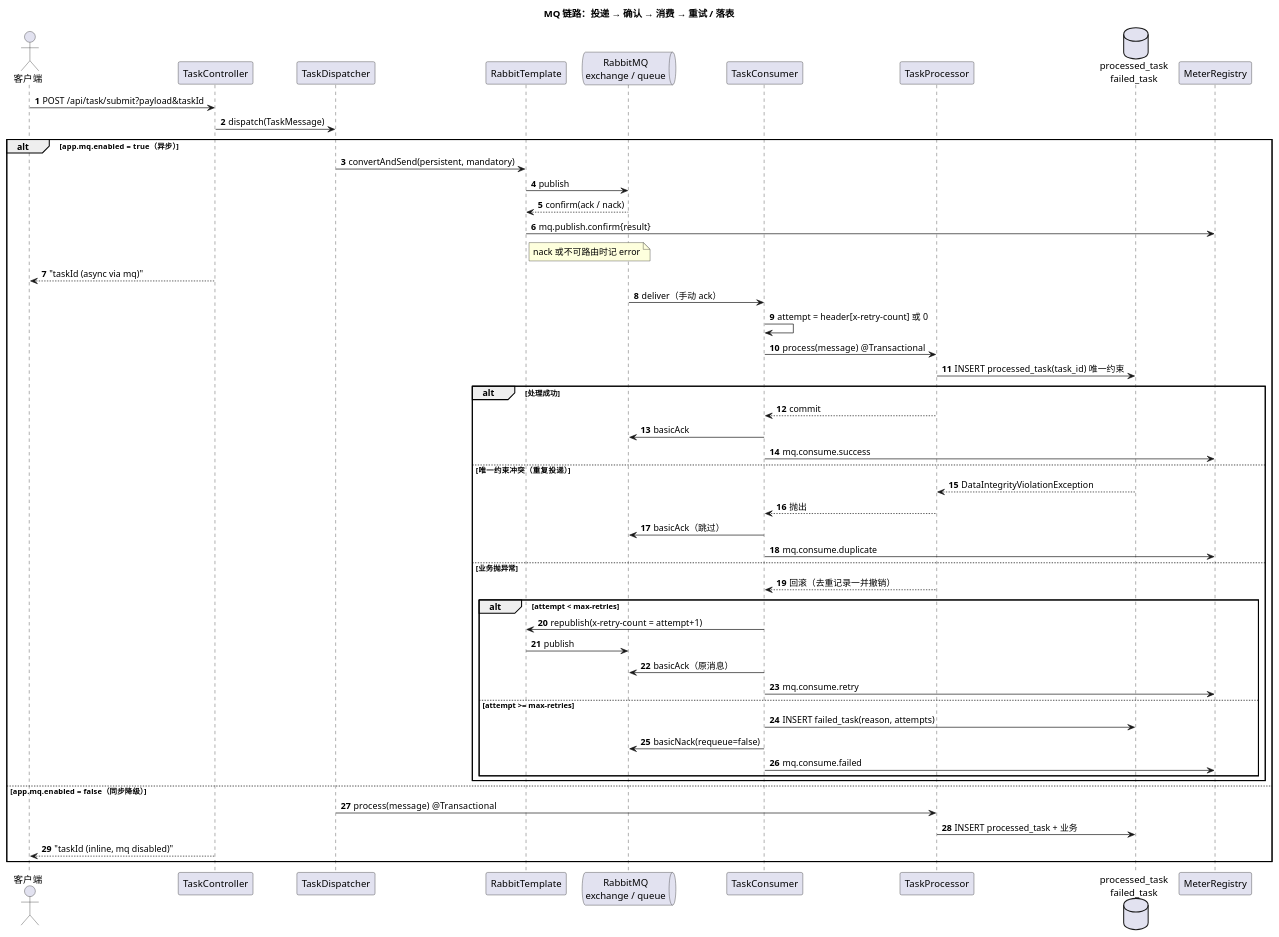
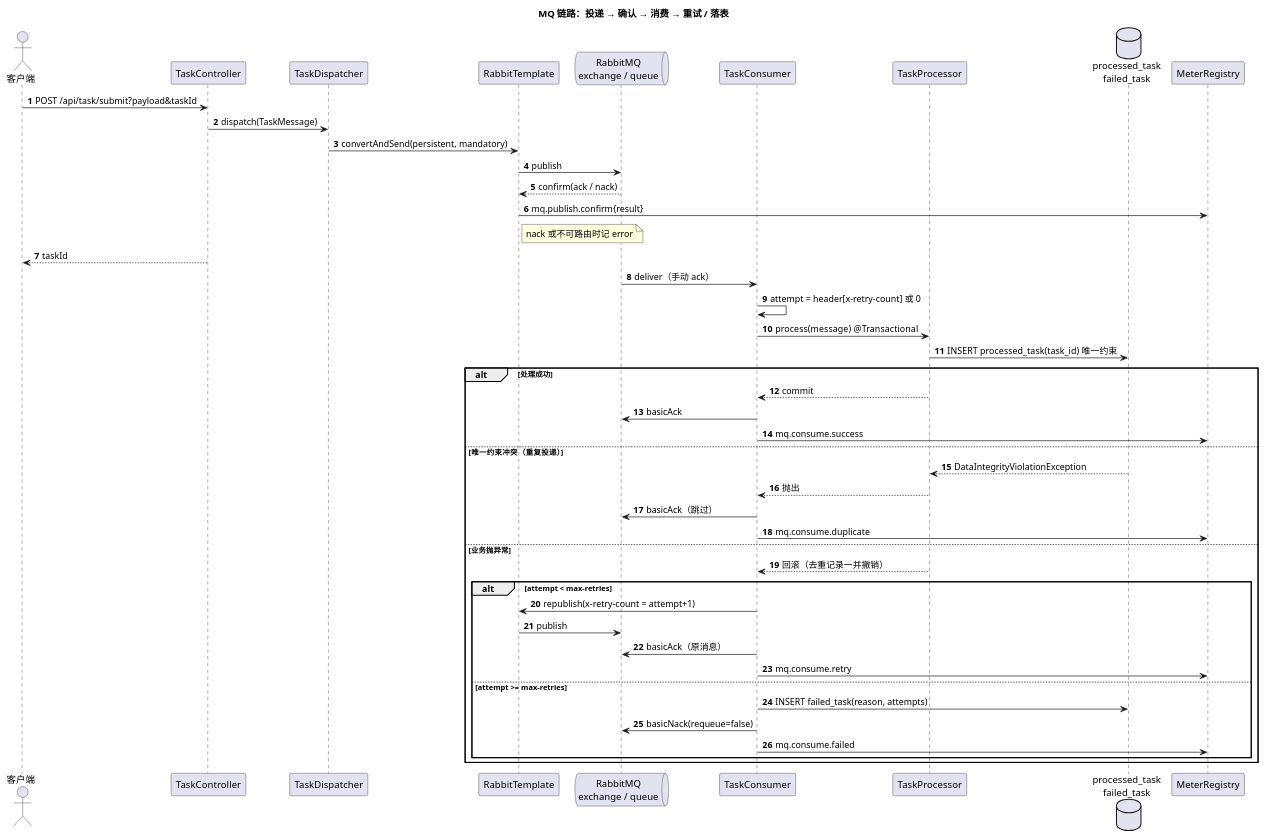
One commit to qkainan/maibao-technology-application changed the diagram in docs/diagrams/mq-sequence.puml. Above: the diagram before and after it, drawn with PlantUML. The commit also changed 14 other files, not shown here.

```diff
--- a/docs/diagrams/mq-sequence.puml
+++ b/docs/diagrams/mq-sequence.puml
@@ -1,63 +1,55 @@
 @startuml mq-sequence
 title MQ 链路：投递 → 确认 → 消费 → 重试 / 落表
 skinparam defaultFontName "Microsoft YaHei"
 skinparam shadowing false
 skinparam sequenceMessageAlign left
 skinparam responseMessageBelowArrow true
 autonumber
 
 actor 客户端
 participant "TaskController" as TC
 participant "TaskDispatcher" as D
 participant "RabbitTemplate" as RT
 queue "RabbitMQ\nexchange / queue" as MQ
 participant "TaskConsumer" as CS
 participant "TaskProcessor" as TP
 database "processed_task\nfailed_task" as DB
 participant "MeterRegistry" as M
 
 客户端 -> TC : POST /api/task/submit?payload&taskId
 TC -> D : dispatch(TaskMessage)
+D -> RT : convertAndSend(persistent, mandatory)
+RT -> MQ : publish
+MQ --> RT : confirm(ack / nack)
+RT -> M : mq.publish.confirm{result}
+note right of RT : nack 或不可路由时记 error
+TC --> 客户端 : taskId
 
-alt app.mq.enabled = true（异步）
-  D -> RT : convertAndSend(persistent, mandatory)
-  RT -> MQ : publish
-  MQ --> RT : confirm(ack / nack)
-  RT -> M : mq.publish.confirm{result}
-  note right of RT : nack 或不可路由时记 error
-  TC --> 客户端 : "taskId (async via mq)"
-
-  MQ -> CS : deliver（手动 ack）
-  CS -> CS : attempt = header[x-retry-count] 或 0
-  CS -> TP : process(message)  @Transactional
-  TP -> DB : INSERT processed_task(task_id)  唯一约束
-  alt 处理成功
-    TP --> CS : commit
-    CS -> MQ : basicAck
-    CS -> M : mq.consume.success
-  else 唯一约束冲突（重复投递）
-    DB --> TP : DataIntegrityViolationException
-    TP --> CS : 抛出
-    CS -> MQ : basicAck（跳过）
-    CS -> M : mq.consume.duplicate
-  else 业务抛异常
-    TP --> CS : 回滚（去重记录一并撤销）
-    alt attempt < max-retries
-      CS -> RT : republish(x-retry-count = attempt+1)
-      RT -> MQ : publish
-      CS -> MQ : basicAck（原消息）
-      CS -> M : mq.consume.retry
-    else attempt >= max-retries
-      CS -> DB : INSERT failed_task(reason, attempts)
-      CS -> MQ : basicNack(requeue=false)
-      CS -> M : mq.consume.failed
-    end
+MQ -> CS : deliver（手动 ack）
+CS -> CS : attempt = header[x-retry-count] 或 0
+CS -> TP : process(message)  @Transactional
+TP -> DB : INSERT processed_task(task_id)  唯一约束
+alt 处理成功
+  TP --> CS : commit
+  CS -> MQ : basicAck
+  CS -> M : mq.consume.success
+else 唯一约束冲突（重复投递）
+  DB --> TP : DataIntegrityViolationException
+  TP --> CS : 抛出
+  CS -> MQ : basicAck（跳过）
+  CS -> M : mq.consume.duplicate
+else 业务抛异常
+  TP --> CS : 回滚（去重记录一并撤销）
+  alt attempt < max-retries
+    CS -> RT : republish(x-retry-count = attempt+1)
+    RT -> MQ : publish
+    CS -> MQ : basicAck（原消息）
+    CS -> M : mq.consume.retry
+  else attempt >= max-retries
+    CS -> DB : INSERT failed_task(reason, attempts)
+    CS -> MQ : basicNack(requeue=false)
+    CS -> M : mq.consume.failed
   end
-
-else app.mq.enabled = false（同步降级）
-  D -> TP : process(message)  @Transactional
-  TP -> DB : INSERT processed_task + 业务
-  TC --> 客户端 : "taskId (inline, mq disabled)"
 end
 
 @enduml
```
